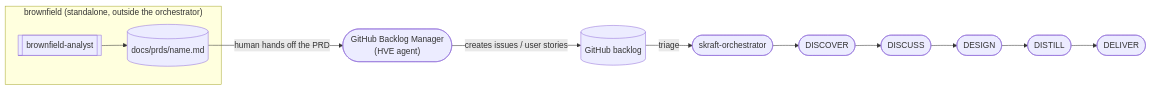
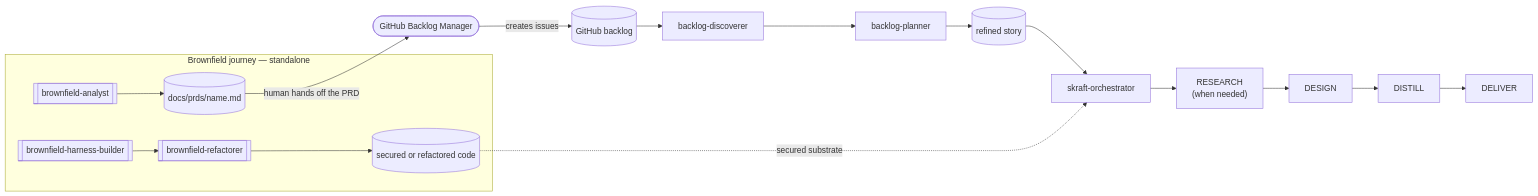
Before and after one commit to SebastienDegodez/skraft-plugin: the third of 3 diagrams in docs/site/en/explanation/brownfield.md, drawn with Mermaid. The commit also changed other lines of this file and 820 other files, not shown here.

````diff
--- a/docs/site/en/explanation/brownfield.md
+++ b/docs/site/en/explanation/brownfield.md
@@ -128,10 +145,16 @@
 ```mermaid
 flowchart LR
-    subgraph BF ["brownfield (standalone, outside the orchestrator)"]
+    subgraph BF ["Brownfield journey — standalone"]
         BA[["brownfield-analyst"]] --> PRD[("docs/prds/name.md")]
+        HB[["brownfield-harness-builder"]] --> RF[["brownfield-refactorer"]]
+        RF --> CODE[("secured or refactored code")]
     end
-    PRD -->|"human hands off the PRD"| GHM(["GitHub Backlog Manager<br/>(HVE agent)"])
-    GHM -->|"creates issues / user stories"| ISSUES[("GitHub backlog")]
-    ISSUES -->|"triage"| ORCH(["skraft-orchestrator"])
-    ORCH --> DISCOVER(["DISCOVER"]) --> DISCUSS(["DISCUSS"]) --> DESIGN(["DESIGN"]) --> DISTILL(["DISTILL"]) --> DELIVER(["DELIVER"])
+    PRD -->|"human hands off the PRD"| GHM(["GitHub Backlog Manager"])
+    GHM -->|"creates issues"| ISSUES[("GitHub backlog")]
+    ISSUES --> BD["backlog-discoverer"]
+    BD --> BP["backlog-planner"]
+    BP --> STORY[("refined story")]
+    STORY --> ORCH["skraft-orchestrator"]
+    CODE -.->|"secured substrate"| ORCH
+    ORCH --> RESEARCH["RESEARCH<br/>(when needed)"] --> DESIGN["DESIGN"] --> DISTILL["DISTILL"] --> DELIVER["DELIVER"]
 ```
````
